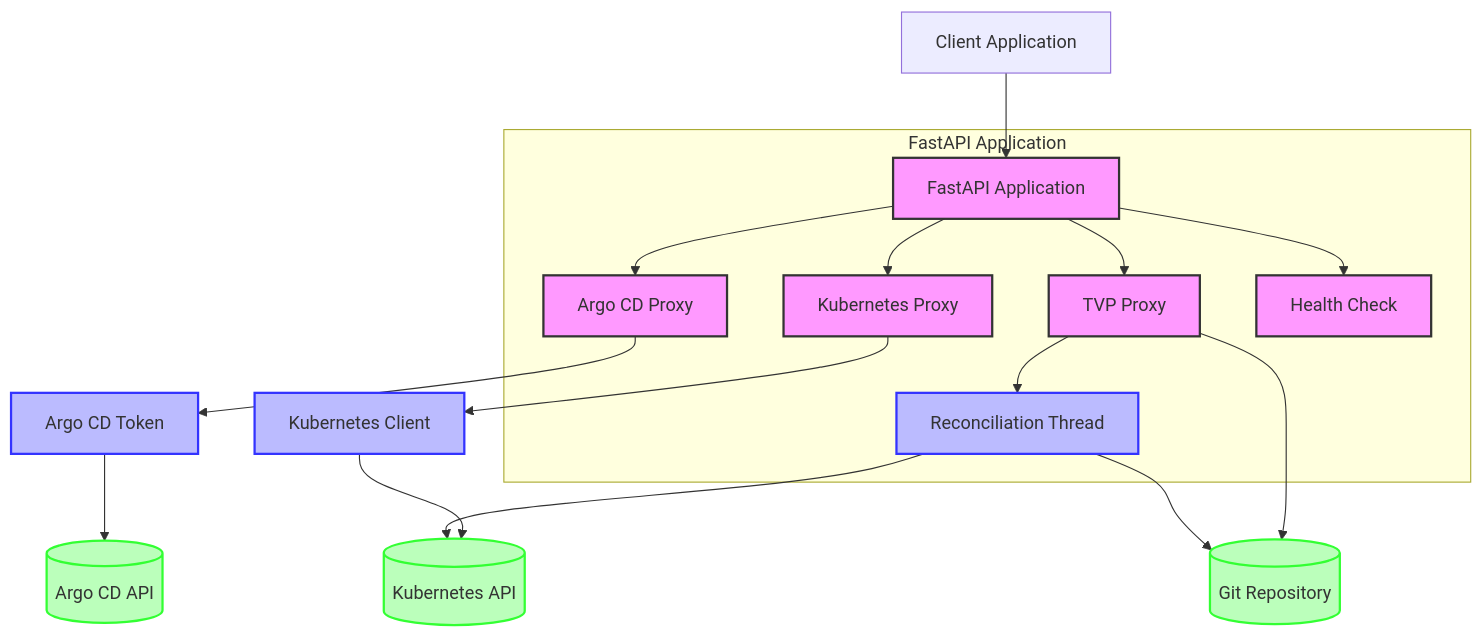
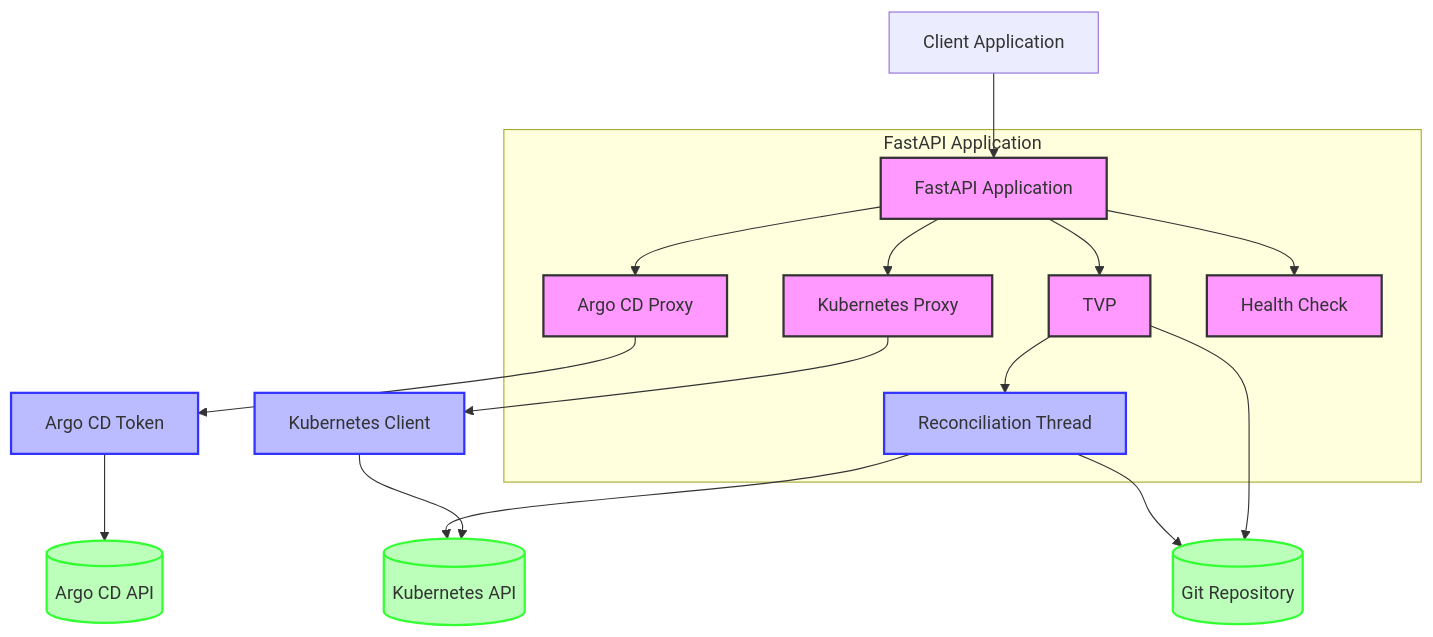
The first of 9 diagrams in README.md (lloydchang/tvp-k8s), drawn with Mermaid before and after one commit. The commit also changed other lines of this file and 3 other files, not shown here.

````diff
--- a/README.md
+++ b/README.md
@@ -115,30 +115,30 @@
 ```mermaid
 flowchart TB
     Client[Client Application] --> API[FastAPI Application]
     
     subgraph "FastAPI Application"
         API --> KR[Kubernetes Proxy]
         API --> AR[Argo CD Proxy]
-        API --> TR[TVP Proxy]
+        API --> TR[TVP]
         API --> Health[Health Check]
         TR --> RT[Reconciliation Thread]
     end
     
     KR --> KC[Kubernetes Client]
     AR --> AT[Argo CD Token]
     TR --> GitRepo[(Git Repository)]
     
     KC --> Kubernetes[(Kubernetes API)]
     AT --> ArgoCD[(Argo CD API)]
     RT --> GitRepo
     RT --> Kubernetes
     
     classDef component fill:#f9f,stroke:#333,stroke-width:2px
     classDef api fill:#bbf,stroke:#33f,stroke-width:2px
     classDef external fill:#bfb,stroke:#3f3,stroke-width:2px
     
     class API,KR,AR,TR,Health component
     class KC,AT,RT api
     class Kubernetes,ArgoCD,GitRepo external
 
 ```
````
